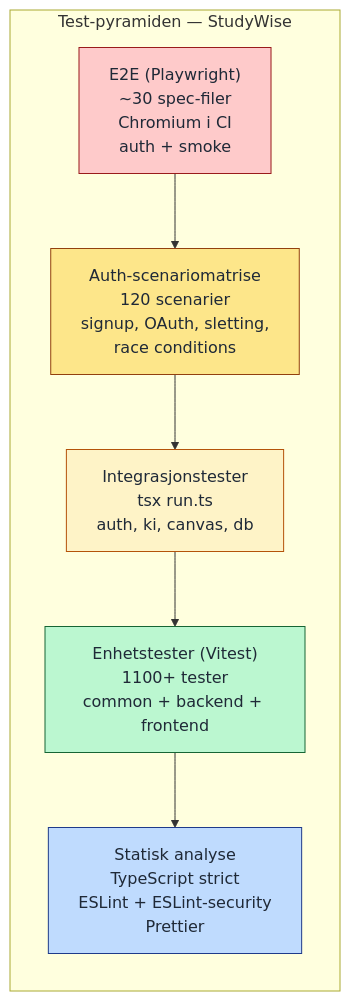
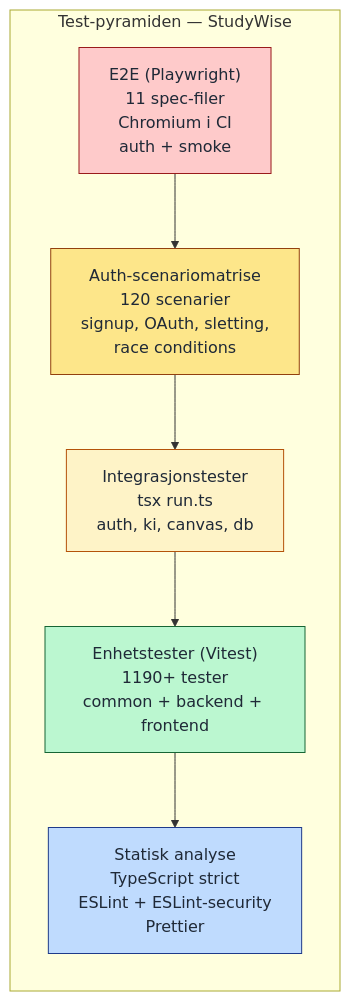
The diagram in filer_prosjekt/diagrammer/19-test-strategi.md (26zl/StudyWise), drawn with Mermaid before and after one commit. The commit also changed other lines of this file and 67 other files, not shown here.

Commit message:
Mitigert for supply chain attacks og oppdatert diagrammer.

````diff
--- a/filer_prosjekt/diagrammer/19-test-strategi.md
+++ b/filer_prosjekt/diagrammer/19-test-strategi.md
@@ -5,22 +5,22 @@
 ```mermaid
 flowchart TB
     subgraph Pyramide["Test-pyramiden — StudyWise"]
         direction TB
-        E2E["E2E (Playwright)<br/>~30 spec-filer<br/>Chromium i CI<br/>auth + smoke"]:::e2e
+        E2E["E2E (Playwright)<br/>11 spec-filer<br/>Chromium i CI<br/>auth + smoke"]:::e2e
         MATRIX["Auth-scenariomatrise<br/>120 scenarier<br/>signup, OAuth, sletting,<br/>race conditions"]:::matrix
         INT["Integrasjonstester<br/>tsx run.ts<br/>auth, ki, canvas, db"]:::int
-        UNIT["Enhetstester (Vitest)<br/>1100+ tester<br/>common + backend + frontend"]:::unit
+        UNIT["Enhetstester (Vitest)<br/>1190+ tester<br/>common + backend + frontend"]:::unit
         STATIC["Statisk analyse<br/>TypeScript strict<br/>ESLint + ESLint-security<br/>Prettier"]:::static
 
         E2E --> MATRIX
         MATRIX --> INT
         INT --> UNIT
         UNIT --> STATIC
     end
 
     classDef e2e fill:#fecaca,stroke:#991b1b,color:#1f2937
     classDef matrix fill:#fde68a,stroke:#92400e,color:#1f2937
     classDef int fill:#fef3c7,stroke:#b45309,color:#1f2937
     classDef unit fill:#bbf7d0,stroke:#166534,color:#1f2937
     classDef static fill:#bfdbfe,stroke:#1e3a8a,color:#1f2937
 ```
````
